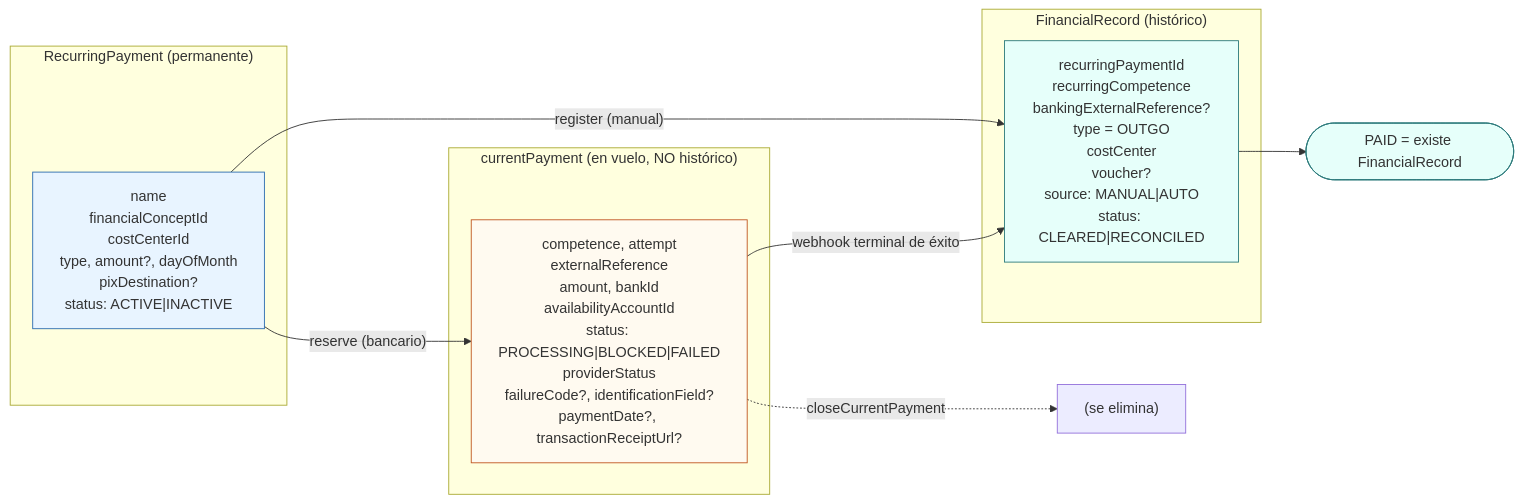
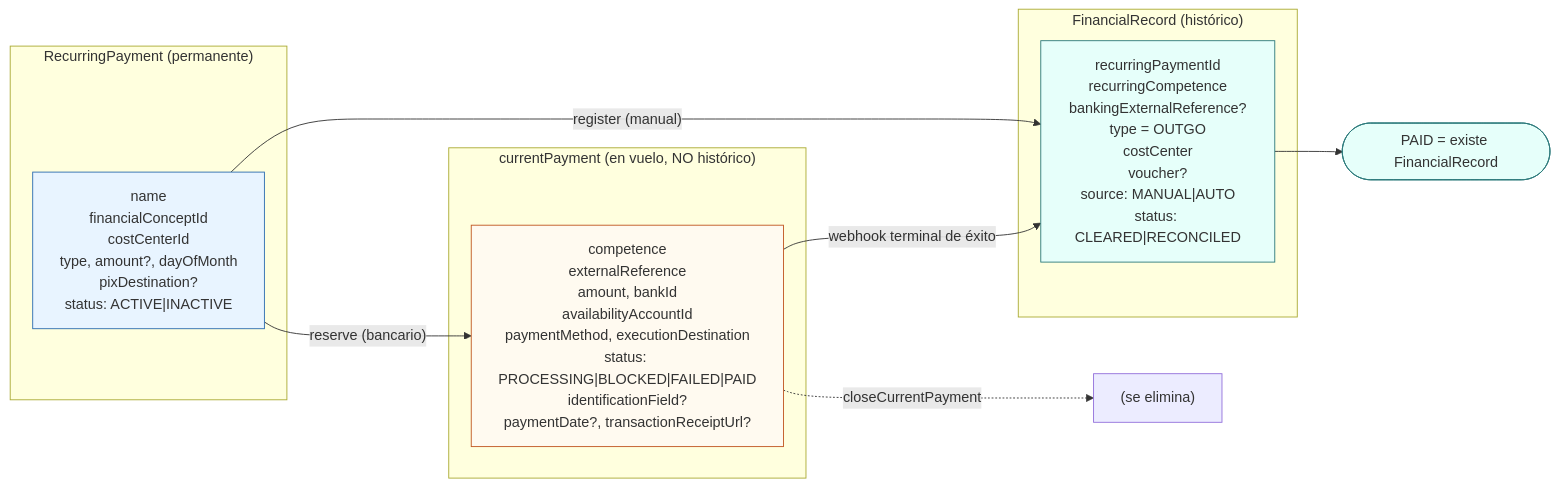
One commit to gloriafinance/gloria_finance_api changed diagram 15 of 18 in docs/recurring-payments-diagrams.md. Above: the diagram before and after it, drawn with Mermaid. The commit also changed other lines of this file and 31 other files, not shown here.

````diff
--- a/docs/recurring-payments-diagrams.md
+++ b/docs/recurring-payments-diagrams.md
@@ -663,28 +684,28 @@
 ```mermaid
 flowchart LR
     subgraph Dominio["RecurringPayment (permanente)"]
         CFG["name<br/>financialConceptId<br/>costCenterId<br/>type, amount?, dayOfMonth<br/>pixDestination?<br/>status: ACTIVE|INACTIVE"]
     end
 
     subgraph Operativo["currentPayment (en vuelo, NO histórico)"]
-        CP["competence, attempt<br/>externalReference<br/>amount, bankId<br/>availabilityAccountId<br/>status: PROCESSING|BLOCKED|FAILED<br/>providerStatus<br/>failureCode?, identificationField?<br/>paymentDate?, transactionReceiptUrl?"]
+        CP["competence<br/>externalReference<br/>amount, bankId<br/>availabilityAccountId<br/>paymentMethod, executionDestination<br/>status: PROCESSING|BLOCKED|FAILED|PAID<br/>identificationField?<br/>paymentDate?, transactionReceiptUrl?"]
     end
 
     subgraph Contable["FinancialRecord (histórico)"]
         FR["recurringPaymentId<br/>recurringCompetence<br/>bankingExternalReference?<br/>type = OUTGO<br/>costCenter<br/>voucher?<br/>source: MANUAL|AUTO<br/>status: CLEARED|RECONCILED"]
     end
 
     CFG -->|"reserve (bancario)"| CP
     CFG -->|"register (manual)"| FR
     CP -->|"webhook terminal de éxito"| FR
     CP -.->|"closeCurrentPayment"| X["(se elimina)"]
 
     FR --> PAID(["PAID = existe FinancialRecord"])
 
     classDef cfg fill:#e8f4ff,stroke:#2b6cb0
     classDef cp fill:#fffaf0,stroke:#c05621
     classDef fr fill:#e6fffa,stroke:#2c7a7b
     class CFG cfg
     class CP cp
     class FR,PAID fr
 ```
````
